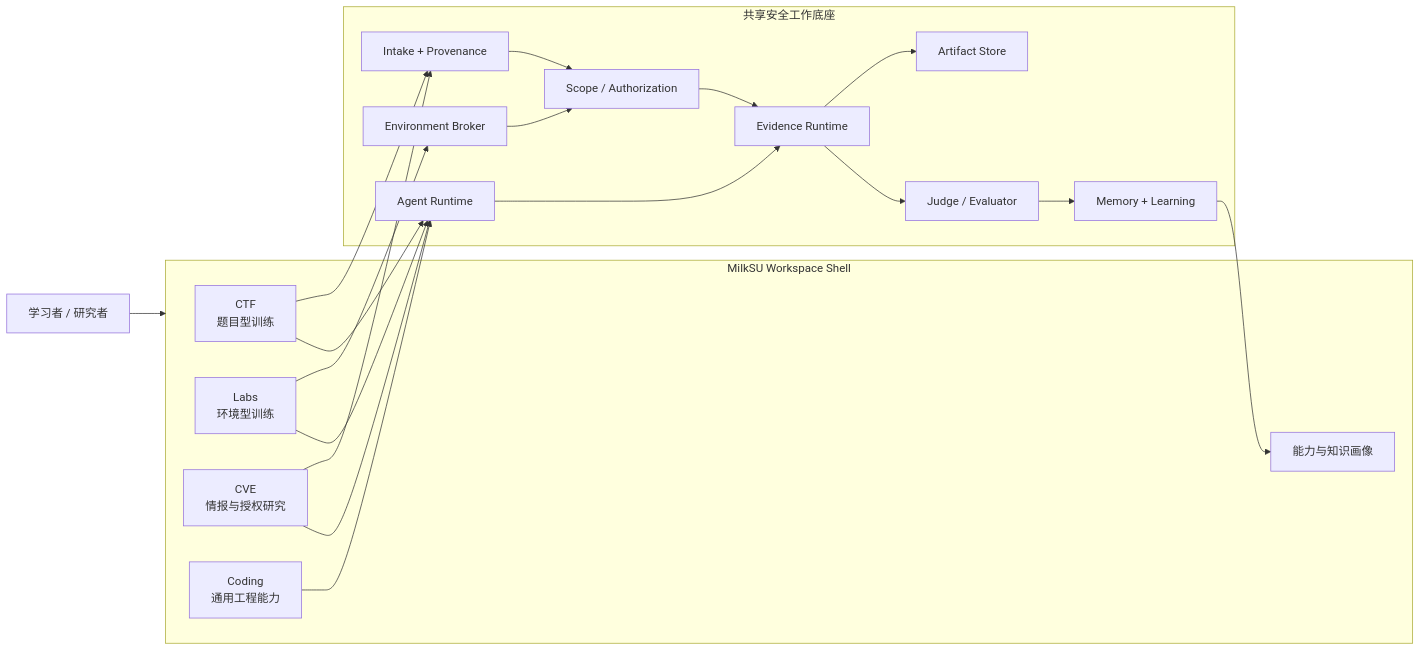
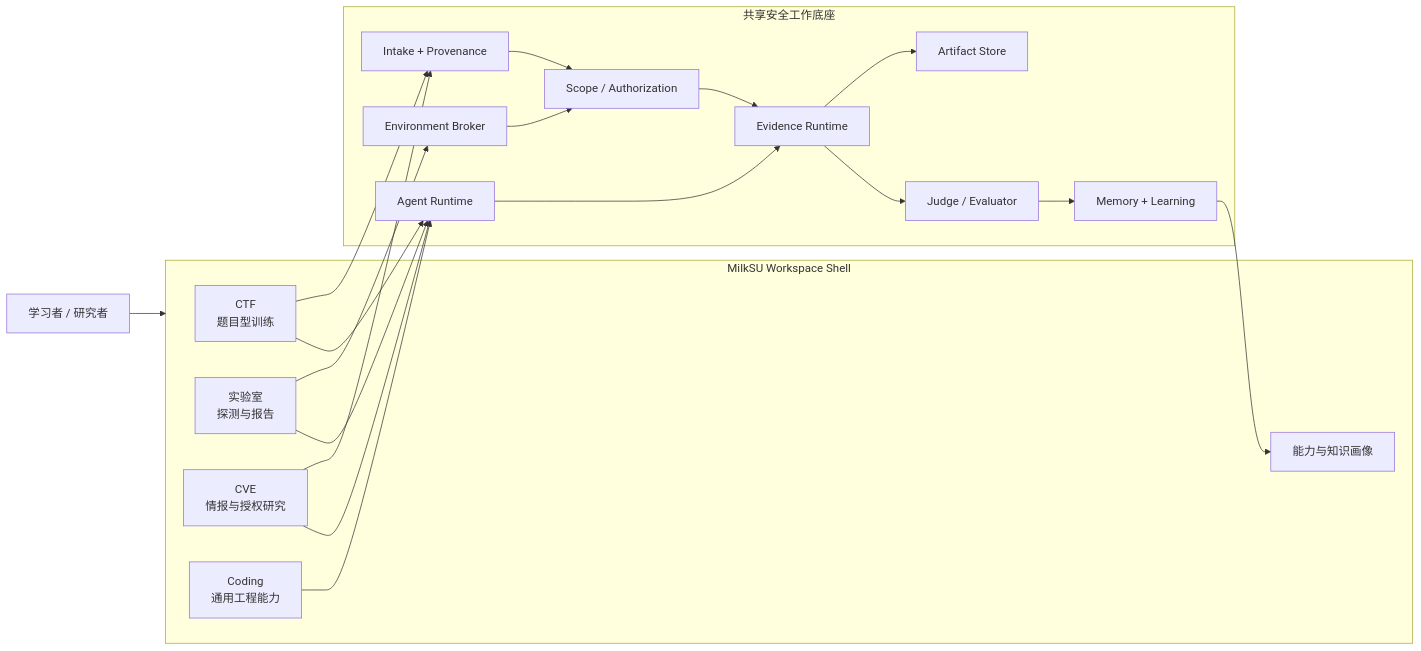
One commit to MilkSU-Official/milksu changed the first of 2 diagrams in docs/architecture/security-learning-and-research-platform.md. Above: the diagram before and after it, drawn with Mermaid. The commit also changed other lines of this file and 67 other files, not shown here.

````diff
--- a/docs/architecture/security-learning-and-research-platform.md
+++ b/docs/architecture/security-learning-and-research-platform.md
@@ -24,39 +24,39 @@
 ```mermaid
 flowchart LR
     user["学习者 / 研究者"]
 
     subgraph shell["MilkSU Workspace Shell"]
         ctf["CTF<br/>题目型训练"]
-        labs["Labs<br/>环境型训练"]
+        labs["实验室<br/>探测与报告"]
         cve["CVE<br/>情报与授权研究"]
         coding["Coding<br/>通用工程能力"]
         profile["能力与知识画像"]
     end
 
     subgraph shared["共享安全工作底座"]
         intake["Intake + Provenance"]
         scope["Scope / Authorization"]
         runtime["Evidence Runtime"]
         artifacts["Artifact Store"]
         evaluator["Judge / Evaluator"]
         memory["Memory + Learning"]
         env["Environment Broker"]
         agent["Agent Runtime"]
     end
 
     user --> shell
     ctf --> intake
     labs --> env
     cve --> intake
     coding --> agent
     ctf --> agent
     labs --> agent
     cve --> agent
     intake --> scope --> runtime
     env --> scope
     agent --> runtime
     runtime --> artifacts
     runtime --> evaluator
     evaluator --> memory
     memory --> profile
 ```
````
